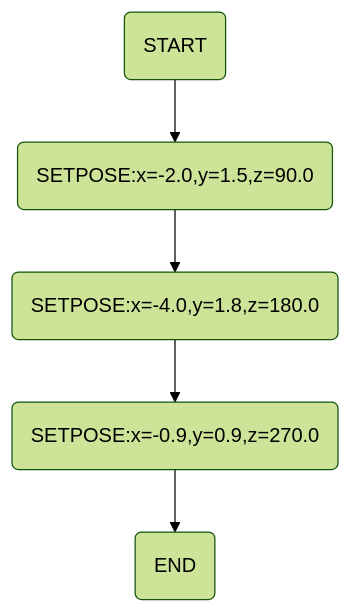
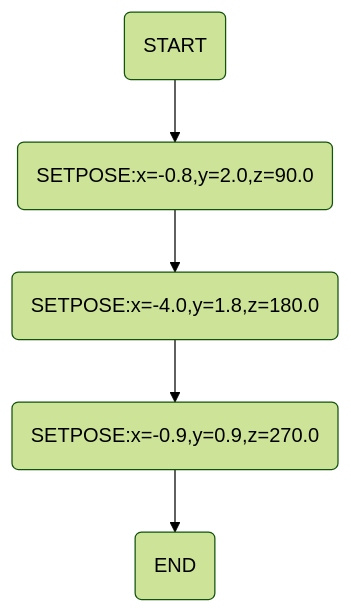
Before and after one commit to TakanoTaiga/roboware-neo.universe: the diagram in launch/roboware_neo_launch/state_graph/s-graph.md, drawn with Mermaid (forest theme). The commit also changed 13 other files, not shown here.

````diff
--- a/launch/roboware_neo_launch/state_graph/s-graph.md
+++ b/launch/roboware_neo_launch/state_graph/s-graph.md
@@ -1,7 +1,7 @@
 ```mermaid
 graph TB
-  START(START) --> SETPOSE.1(SETPOSE:x=-2.0,y=1.5,z=90.0)
+  START(START) --> SETPOSE.1(SETPOSE:x=-0.8,y=2.0,z=90.0)
   SETPOSE.1 --> SETPOSE.2(SETPOSE:x=-4.0,y=1.8,z=180.0)
   SETPOSE.2 --> SETPOSE.3(SETPOSE:x=-0.9,y=0.9,z=270.0)
   SETPOSE.3 --> END(END)
 ```
````
